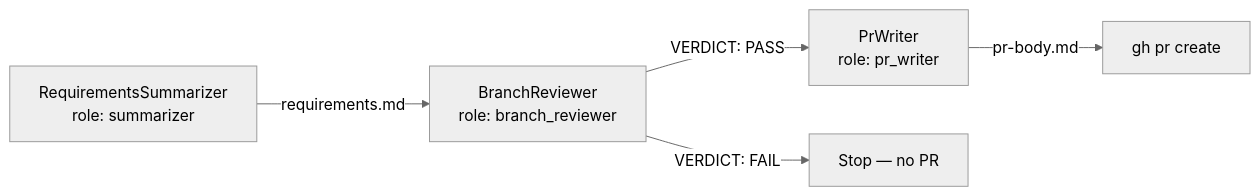
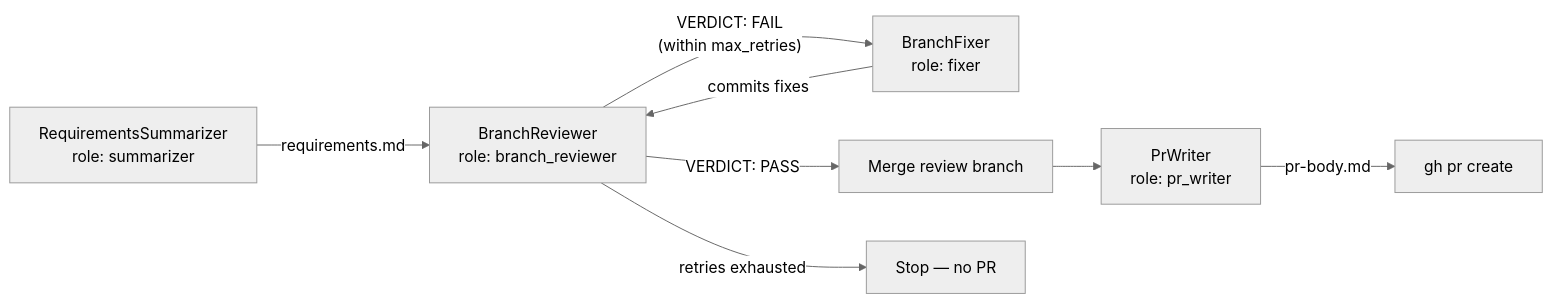
Before and after one commit to duncankmckinnon/wbcli-web: the diagram in content/docs/review-pr-flow.mdx, drawn with Mermaid (neutral theme). The commit also changed other lines of this file and 2 other files, not shown here.

First line of the commit message:
Update final review docs for bounded review/fix loop

````diff
--- a/content/docs/review-pr-flow.mdx
+++ b/content/docs/review-pr-flow.mdx
@@ -21,11 +21,16 @@
 ```mermaid
 flowchart LR
     Req[RequirementsSummarizer<br/>role: summarizer]
     Rev[BranchReviewer<br/>role: branch_reviewer]
+    Fix[BranchFixer<br/>role: fixer]
+    Merge[Merge review branch]
     PR[PrWriter<br/>role: pr_writer]
 
     Req -->|requirements.md| Rev
-    Rev -->|VERDICT: PASS| PR
-    Rev -->|VERDICT: FAIL| Stop[Stop — no PR]
+    Rev -->|"VERDICT: PASS"| Merge
+    Rev -->|"VERDICT: FAIL<br/>(within max_retries)"| Fix
+    Fix -->|commits fixes| Rev
+    Rev -->|"retries exhausted"| Stop[Stop — no PR]
+    Merge --> PR
     PR -->|pr-body.md| GH[gh pr create]
 ```
````
